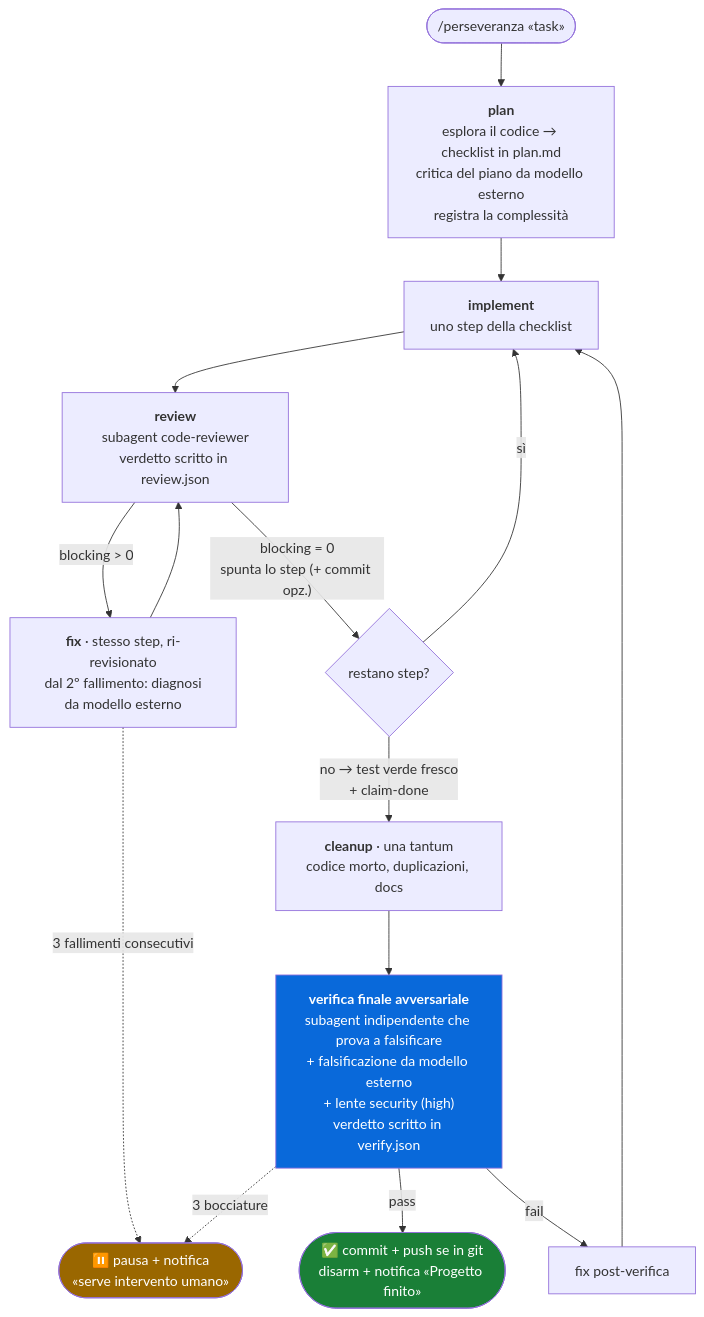
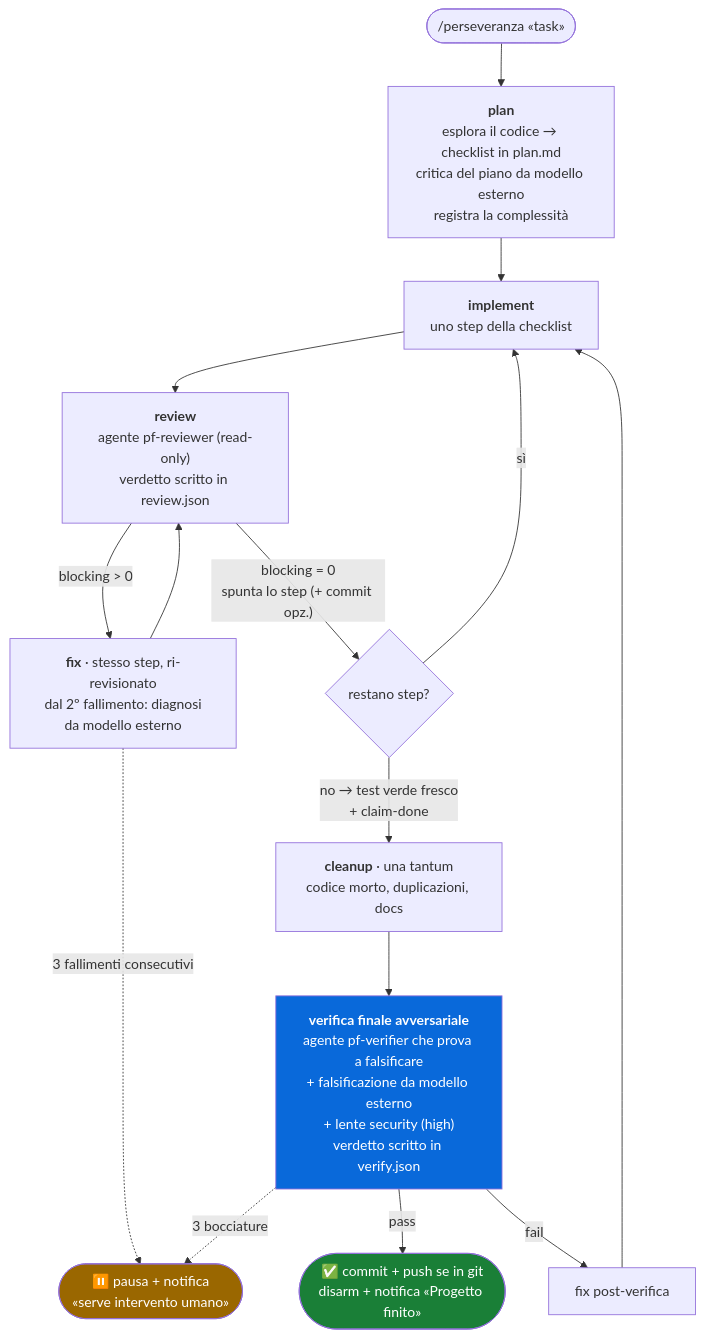
Before and after one commit to ilmondovero/perseveranza: the diagram in README.md, drawn with Mermaid. The commit also changed other lines of this file and 7 other files, not shown here.

````diff
--- a/README.md
+++ b/README.md
@@ -22,22 +22,22 @@
 ```mermaid
 flowchart TD
     START(["/perseveranza «task»"]) --> PLAN
     PLAN["<b>plan</b><br/>esplora il codice → checklist in plan.md<br/>critica del piano da modello esterno<br/>registra la complessità"] --> IMPL
     IMPL["<b>implement</b><br/>uno step della checklist"] --> REV
-    REV["<b>review</b><br/>subagent code-reviewer<br/>verdetto scritto in review.json"] -- "blocking > 0" --> FIX
+    REV["<b>review</b><br/>agente pf-reviewer (read-only)<br/>verdetto scritto in review.json"] -- "blocking > 0" --> FIX
     FIX["<b>fix</b> · stesso step, ri-revisionato<br/>dal 2º fallimento: diagnosi<br/>da modello esterno"] --> REV
     REV -- "blocking = 0<br/>spunta lo step (+ commit opz.)" --> NEXT{"restano step?"}
     NEXT -- "sì" --> IMPL
     NEXT -- "no → test verde fresco<br/>+ claim-done" --> CLEAN
     CLEAN["<b>cleanup</b> · una tantum<br/>codice morto, duplicazioni, docs"] --> VERIFY
-    VERIFY["<b>verifica finale avversariale</b><br/>subagent indipendente che prova a falsificare<br/>+ falsificazione da modello esterno<br/>+ lente security (high)<br/>verdetto scritto in verify.json"] -- "pass" --> DONE
+    VERIFY["<b>verifica finale avversariale</b><br/>agente pf-verifier che prova a falsificare<br/>+ falsificazione da modello esterno<br/>+ lente security (high)<br/>verdetto scritto in verify.json"] -- "pass" --> DONE
     VERIFY -- "fail" --> POSTFIX["fix post-verifica"] --> IMPL
     FIX -. "3 fallimenti consecutivi" .-> PAUSE
     VERIFY -. "3 bocciature" .-> PAUSE
     DONE(["✅ commit + push se in git<br/>disarm + notifica «Progetto finito»"])
     PAUSE(["⏸️ pausa + notifica<br/>«serve intervento umano»"])
 
     style DONE fill:#1a7f37,color:#fff
     style PAUSE fill:#9a6700,color:#fff
     style VERIFY fill:#0969da,color:#fff
 ```
````
